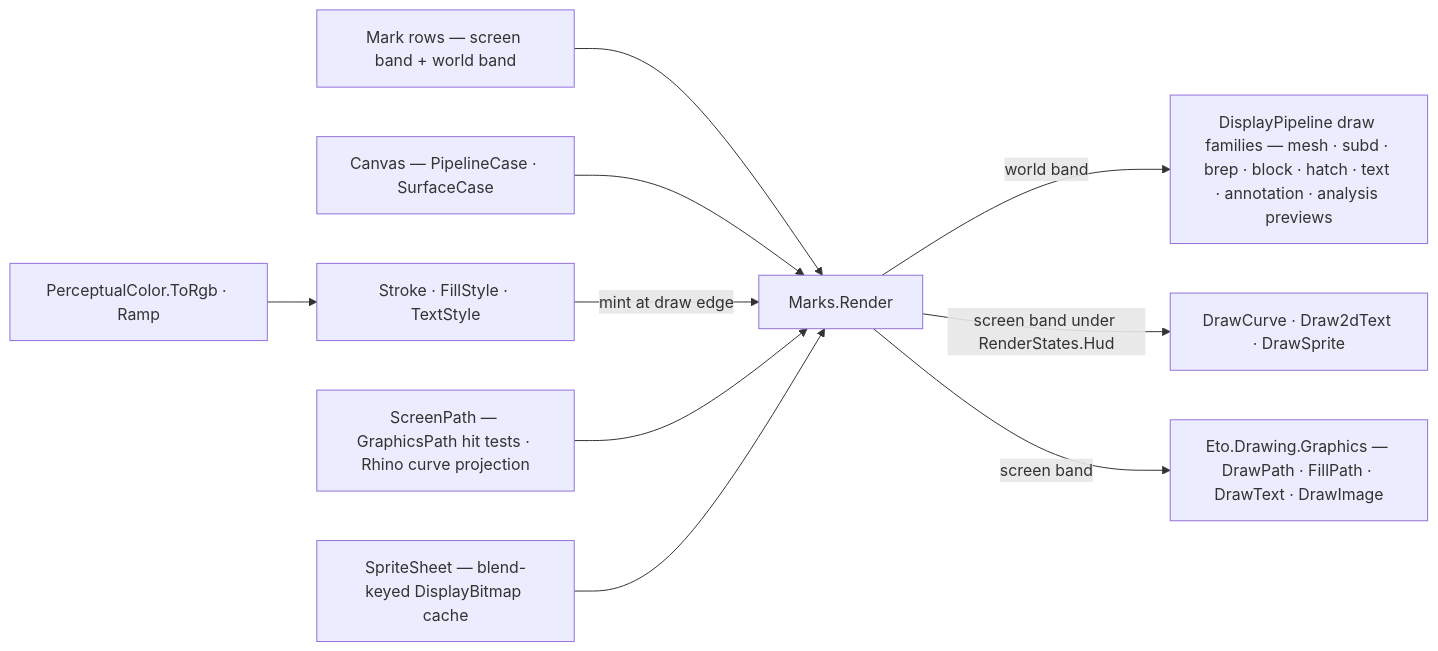
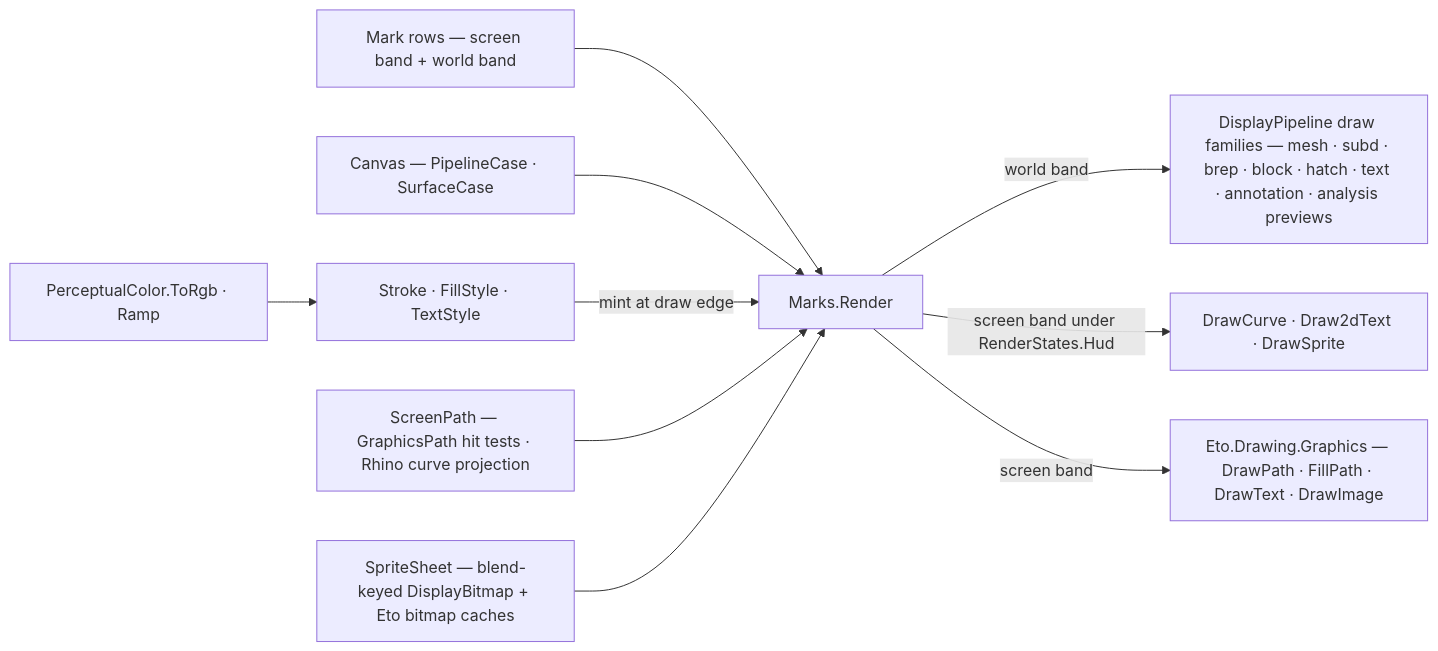
The diagram in libs/csharp/Rasm.Rhino/.planning/Display/draw.md (bsamiee/Rasm), drawn with Mermaid before and after one commit. The commit also changed other lines of this file and 185 other files, not shown here.

````diff
--- a/libs/csharp/Rasm.Rhino/.planning/Display/draw.md
+++ b/libs/csharp/Rasm.Rhino/.planning/Display/draw.md
@@ -535,12 +535,12 @@
 ```mermaid
 flowchart LR
     Rows["Mark rows — screen band + world band"] --> Rail["Marks.Render"]
     Backend["Canvas — PipelineCase · SurfaceCase"] --> Rail
     Rail -->|world band| Pipeline["DisplayPipeline draw families — mesh · subd · brep · block · hatch · text · annotation · analysis previews"]
     Rail -->|screen band under RenderStates.Hud| Hud["DrawCurve · Draw2dText · DrawSprite"]
     Rail -->|screen band| Surface["Eto.Drawing.Graphics — DrawPath · FillPath · DrawText · DrawImage"]
     Style["Stroke · FillStyle · TextStyle"] -->|mint at draw edge| Rail
     Kernel["PerceptualColor.ToRgb · Ramp"] --> Style
     Paths["ScreenPath — GraphicsPath hit tests · Rhino curve projection"] --> Rail
-    Sprites["SpriteSheet — blend-keyed DisplayBitmap cache"] --> Rail
+    Sprites["SpriteSheet — blend-keyed DisplayBitmap + Eto bitmap caches"] --> Rail
 ```
````
